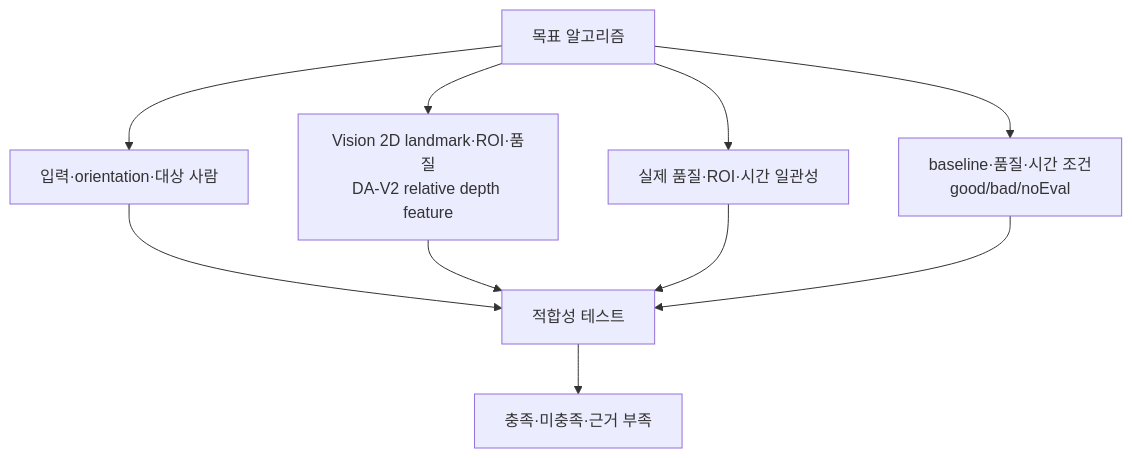
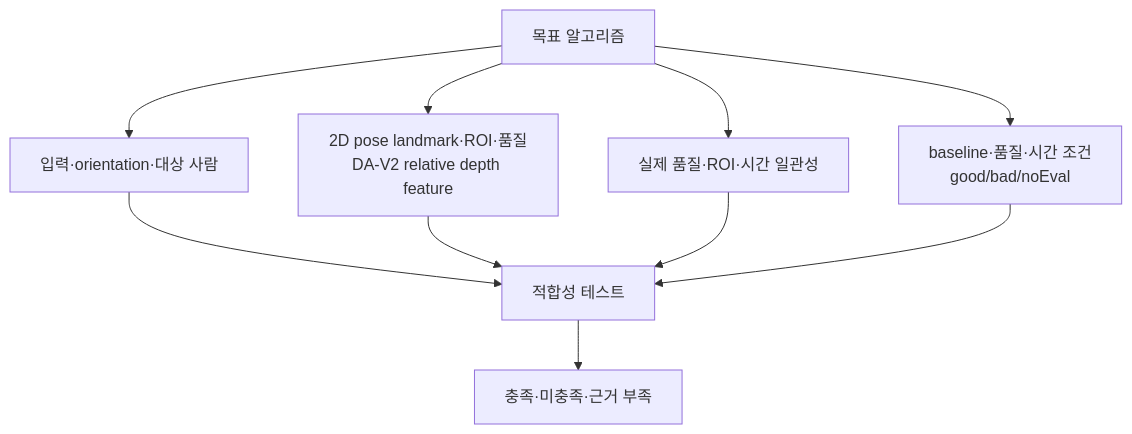
One commit to kimchanhyung98/turtlemeck changed the diagram in docs/algorithm/apple-body-pose/checklist.md. Above: the diagram before and after it, drawn with Mermaid. The commit also changed other lines of this file and 37 other files, not shown here.

````diff
--- a/docs/algorithm/apple-body-pose/checklist.md
+++ b/docs/algorithm/apple-body-pose/checklist.md
@@ -18,13 +18,13 @@
 ```mermaid
 flowchart TD
     SPEC["목표 알고리즘"]
     SPEC --> INPUT["입력·orientation·대상 사람"]
-    SPEC --> SIGNAL["Vision 2D landmark·ROI·품질<br/>DA-V2 relative depth feature"]
+    SPEC --> SIGNAL["2D pose landmark·ROI·품질<br/>DA-V2 relative depth feature"]
     SPEC --> QUALITY["실제 품질·ROI·시간 일관성"]
     SPEC --> DECISION["baseline·품질·시간 조건<br/>good/bad/noEval"]
     INPUT --> TEST["적합성 테스트"]
     SIGNAL --> TEST
     QUALITY --> TEST
     DECISION --> TEST
     TEST --> REPORT["충족·미충족·근거 부족"]
 ```
````
